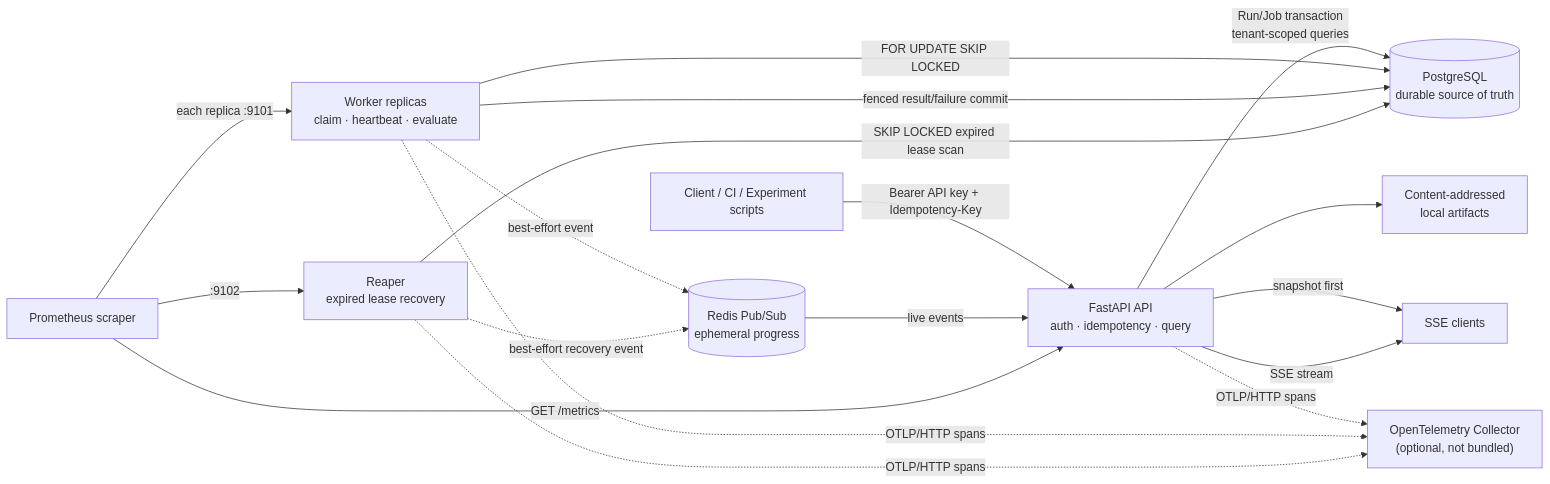
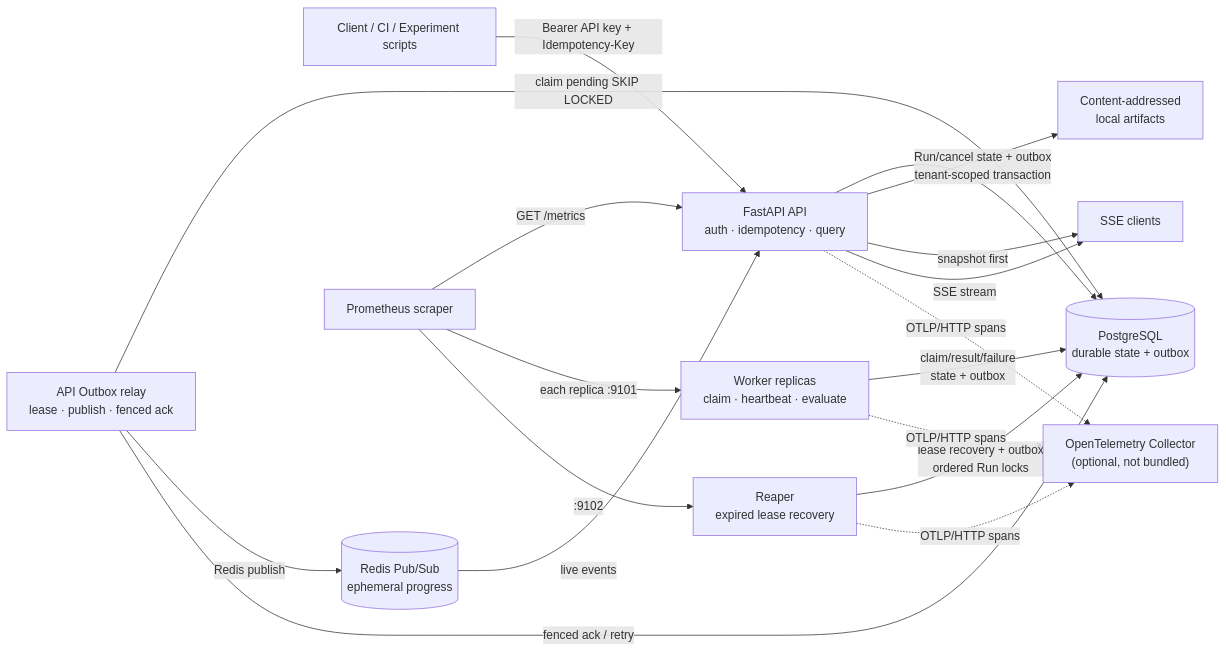
Before and after one commit to godofxuan/ai-evalops-platform: the first of 3 diagrams in docs/architecture_diagram.md, drawn with Mermaid. The commit also changed other lines of this file and 10 other files, not shown here.

````diff
--- a/docs/architecture_diagram.md
+++ b/docs/architecture_diagram.md
@@ -3,33 +3,34 @@
 ```mermaid
 flowchart LR
     C["Client / CI / Experiment scripts"]
     API["FastAPI API<br/>auth · idempotency · query"]
-    PG[("PostgreSQL<br/>durable source of truth")]
+    RELAY["API Outbox relay<br/>lease · publish · fenced ack"]
+    PG[("PostgreSQL<br/>durable state + outbox")]
     REDIS[("Redis Pub/Sub<br/>ephemeral progress")]
     ART["Content-addressed<br/>local artifacts"]
     W["Worker replicas<br/>claim · heartbeat · evaluate"]
     R["Reaper<br/>expired lease recovery"]
     SSE["SSE clients"]
     PROM["Prometheus scraper"]
     OTEL["OpenTelemetry Collector<br/>(optional, not bundled)"]
 
     C -->|"Bearer API key + Idempotency-Key"| API
-    API -->|"Run/Job transaction<br/>tenant-scoped queries"| PG
+    API -->|"Run/cancel state + outbox<br/>tenant-scoped transaction"| PG
     API --> ART
     API -->|"snapshot first"| SSE
     REDIS -->|"live events"| API
     API -->|"SSE stream"| SSE
 
-    W -->|"FOR UPDATE SKIP LOCKED"| PG
-    W -->|"fenced result/failure commit"| PG
-    W -.->|"best-effort event"| REDIS
-    R -->|"SKIP LOCKED expired lease scan"| PG
-    R -.->|"best-effort recovery event"| REDIS
+    W -->|"claim/result/failure<br/>state + outbox"| PG
+    R -->|"lease recovery + outbox<br/>ordered Run locks"| PG
+    RELAY -->|"claim pending SKIP LOCKED"| PG
+    RELAY -->|"Redis publish"| REDIS
+    RELAY -->|"fenced ack / retry"| PG
 
     PROM -->|"GET /metrics"| API
     PROM -->|"each replica :9101"| W
     PROM -->|":9102"| R
     API -.->|"OTLP/HTTP spans"| OTEL
     W -.->|"OTLP/HTTP spans"| OTEL
     R -.->|"OTLP/HTTP spans"| OTEL
 ```
````
